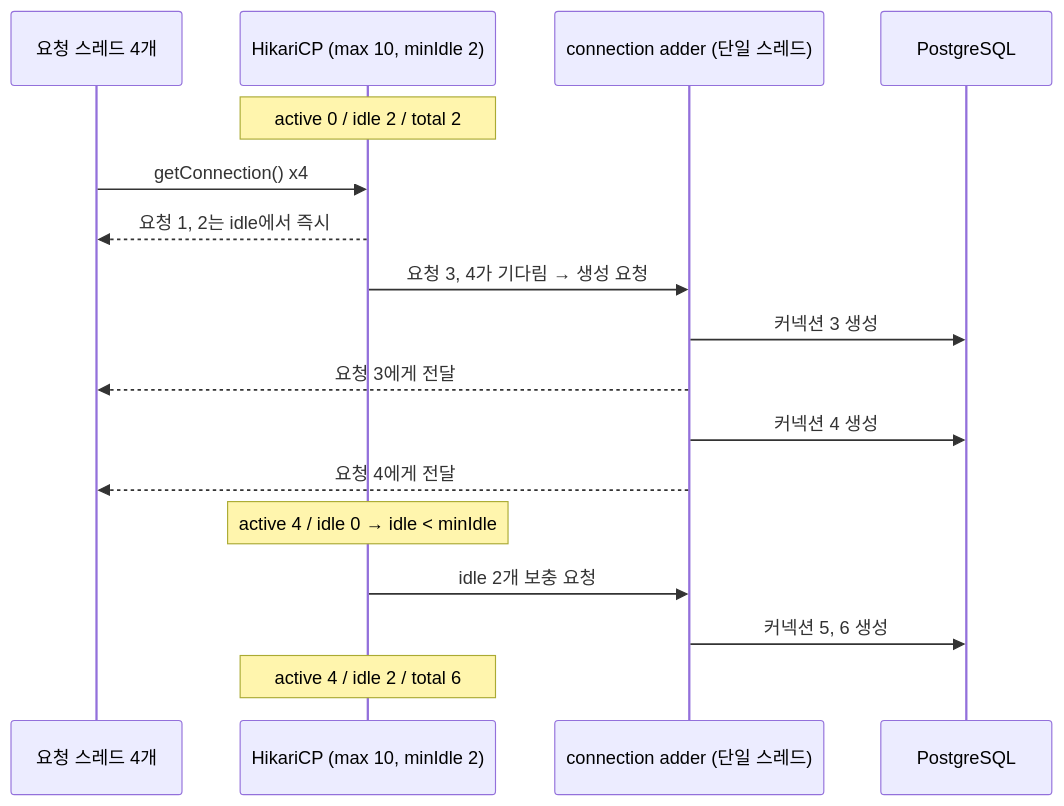
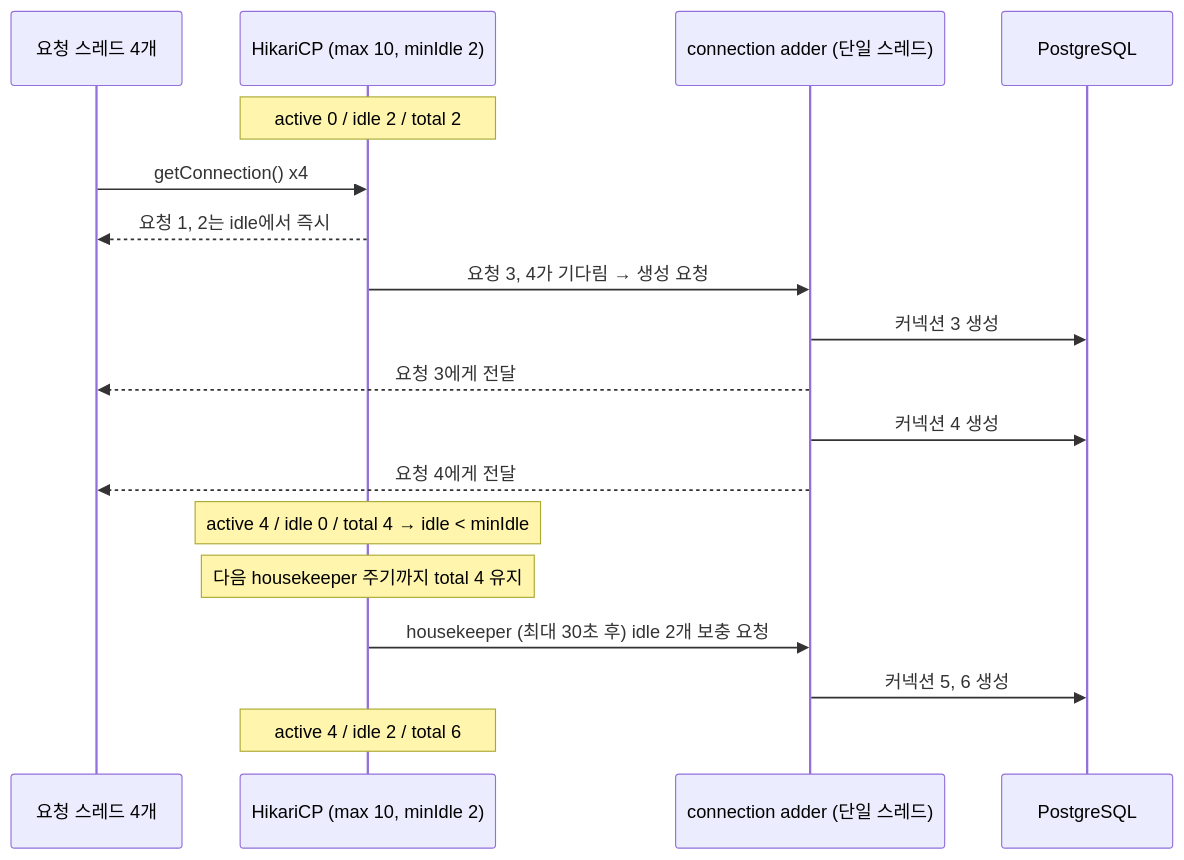
Before and after one commit to choisungwook/portfolio: the diagram in computer_science/db_connection_pool/docs/3-grow-on-demand.md, drawn with Mermaid. The commit also changed other lines of this file and 5 other files, not shown here.

````diff
--- a/computer_science/db_connection_pool/docs/3-grow-on-demand.md
+++ b/computer_science/db_connection_pool/docs/3-grow-on-demand.md
@@ -33,19 +33,20 @@
 ```mermaid
 sequenceDiagram
   participant T as 요청 스레드 4개
   participant H as HikariCP (max 10, minIdle 2)
   participant A as connection adder (단일 스레드)
   participant P as PostgreSQL
   Note over H: active 0 / idle 2 / total 2
   T->>H: getConnection() x4
   H-->>T: 요청 1, 2는 idle에서 즉시
   H->>A: 요청 3, 4가 기다림 → 생성 요청
   A->>P: 커넥션 3 생성
   A-->>T: 요청 3에게 전달
   A->>P: 커넥션 4 생성
   A-->>T: 요청 4에게 전달
-  Note over H: active 4 / idle 0 → idle < minIdle
-  H->>A: idle 2개 보충 요청
+  Note over H: active 4 / idle 0 / total 4 → idle < minIdle
+  Note over H: 다음 housekeeper 주기까지 total 4 유지
+  H->>A: housekeeper (최대 30초 후) idle 2개 보충 요청
   A->>P: 커넥션 5, 6 생성
   Note over H: active 4 / idle 2 / total 6
 ```
````
